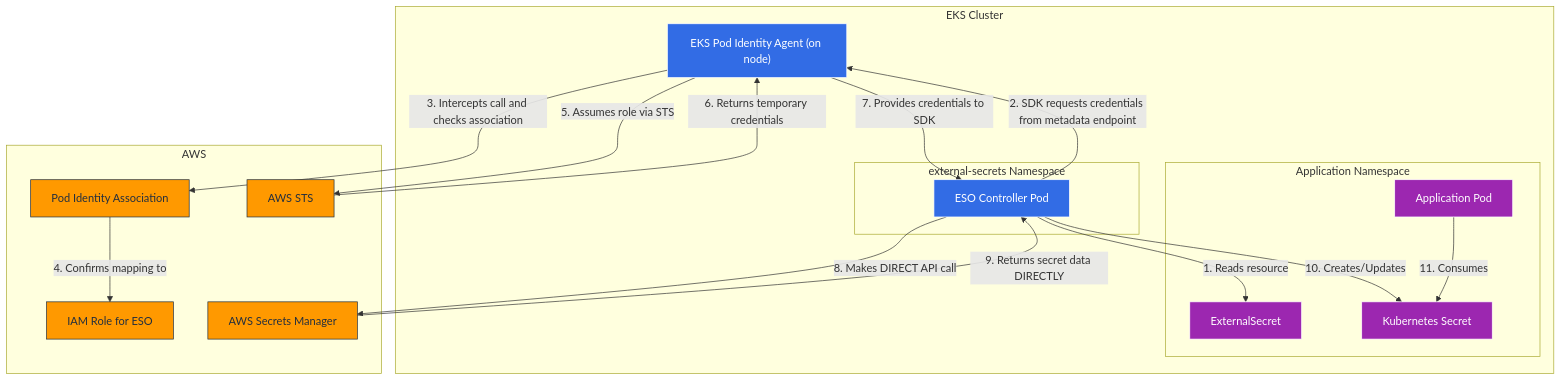
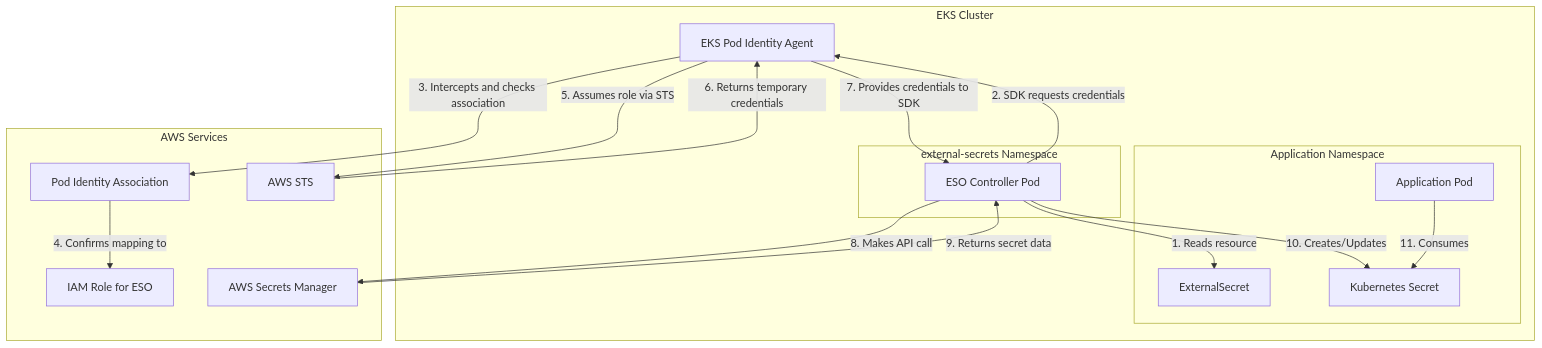
The diagram in eso_with_eks_pod_identity.md (dharani-sowndharya/architecture-learnings), drawn with Mermaid before and after one commit.

Commit message:
Edits mermaid

````diff
--- a/eso_with_eks_pod_identity.md
+++ b/eso_with_eks_pod_identity.md
@@ -19,43 +19,33 @@
 ```mermaid
 graph TD
-    subgraph "EKS Cluster"
-        PIA["EKS Pod Identity Agent (on node)"]
-        subgraph "external-secrets Namespace"
+    subgraph EKS["EKS Cluster"]
+        PIA[EKS Pod Identity Agent]
+        subgraph ESNs["external-secrets Namespace"]
             ESO[ESO Controller Pod]
         end
-        subgraph "Application Namespace"
+        subgraph AppNs["Application Namespace"]
             ES[ExternalSecret]
             K8sSecret[Kubernetes Secret]
             AppPod[Application Pod]
         end
     end
     
-    subgraph "AWS"
+    subgraph AWS["AWS Services"]
         PIAS[Pod Identity Association]
         IAMRole[IAM Role for ESO]
         STS[AWS STS]
         SecretASM[AWS Secrets Manager]
     end
 
-    %% Styling
-    classDef k8s fill:#326CE5,stroke:#fff,color:#fff
-    classDef aws fill:#FF9900,stroke:#232F3E,color:#232F3E
-    classDef app fill:#9C27B0,stroke:#fff,color:#fff
-
-    class PIA,ESO k8s;
-    class ES,K8sSecret,AppPod app;
-    class PIAS,IAMRole,STS,SecretASM aws;
-
-    %% Data Flow
     ESO -->|1. Reads resource| ES
-    ESO -->|2. SDK requests credentials from metadata endpoint| PIA
-    PIA -->|3. Intercepts call and checks association| PIAS
+    ESO -->|2. SDK requests credentials| PIA
+    PIA -->|3. Intercepts and checks association| PIAS
     PIAS -->|4. Confirms mapping to| IAMRole
     PIA -->|5. Assumes role via STS| STS
     STS -->|6. Returns temporary credentials| PIA
     PIA -->|7. Provides credentials to SDK| ESO
-    ESO -->|8. Makes DIRECT API call| SecretASM
-    SecretASM -->|9. Returns secret data DIRECTLY| ESO
+    ESO -->|8. Makes API call| SecretASM
+    SecretASM -->|9. Returns secret data| ESO
     ESO -->|10. Creates/Updates| K8sSecret
     AppPod -->|11. Consumes| K8sSecret
 ```
````
